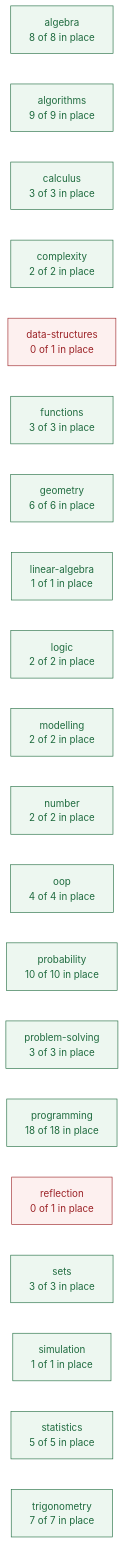
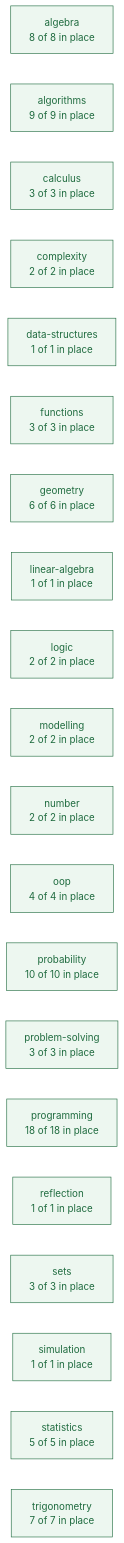
The first of 3 diagrams in planning/CURRICULUM_MAP.md (deweydex/dewlab), drawn with Mermaid before and after one commit. The commit also changed other lines of this file and 7 other files, not shown here.

````diff
--- a/planning/CURRICULUM_MAP.md
+++ b/planning/CURRICULUM_MAP.md
@@ -52,29 +52,28 @@
 ```mermaid
 graph LR
   algebra["algebra<br/>8 of 8 in place"]
   algorithms["algorithms<br/>9 of 9 in place"]
   calculus["calculus<br/>3 of 3 in place"]
   complexity["complexity<br/>2 of 2 in place"]
-  data_structures["data-structures<br/>0 of 1 in place"]
+  data_structures["data-structures<br/>1 of 1 in place"]
   functions["functions<br/>3 of 3 in place"]
   geometry["geometry<br/>6 of 6 in place"]
   linear_algebra["linear-algebra<br/>1 of 1 in place"]
   logic["logic<br/>2 of 2 in place"]
   modelling["modelling<br/>2 of 2 in place"]
   number["number<br/>2 of 2 in place"]
   oop["oop<br/>4 of 4 in place"]
   probability["probability<br/>10 of 10 in place"]
   problem_solving["problem-solving<br/>3 of 3 in place"]
   programming["programming<br/>18 of 18 in place"]
-  reflection["reflection<br/>0 of 1 in place"]
+  reflection["reflection<br/>1 of 1 in place"]
   sets["sets<br/>3 of 3 in place"]
   simulation["simulation<br/>1 of 1 in place"]
   statistics["statistics<br/>5 of 5 in place"]
   trigonometry["trigonometry<br/>7 of 7 in place"]
 
   classDef full fill:#edf7f0,stroke:#1f6b3f,color:#1f6b3f;
   classDef part fill:#fdf6ec,stroke:#b5651d,color:#7a4310;
   classDef none fill:#fdf0ef,stroke:#9b2226,color:#9b2226;
-  class algebra,algorithms,calculus,complexity,functions,geometry,linear_algebra,logic,modelling,number,oop,probability,problem_solving,programming,sets,simulation,statistics,trigonometry full;
-  class data_structures,reflection none;
+  class algebra,algorithms,calculus,complexity,data_structures,functions,geometry,linear_algebra,logic,modelling,number,oop,probability,problem_solving,programming,reflection,sets,simulation,statistics,trigonometry full;
 ```
````
